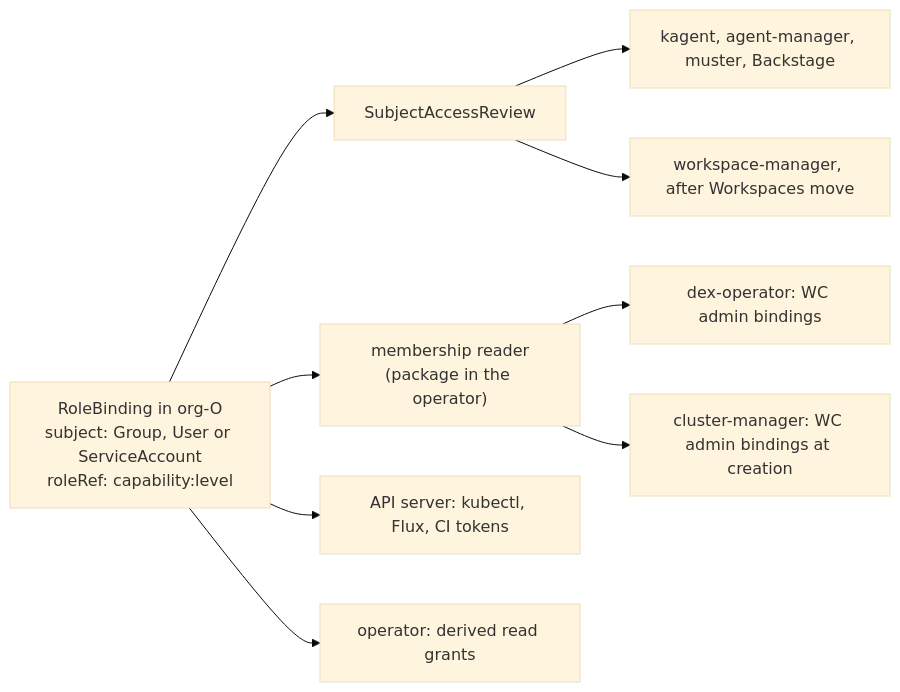
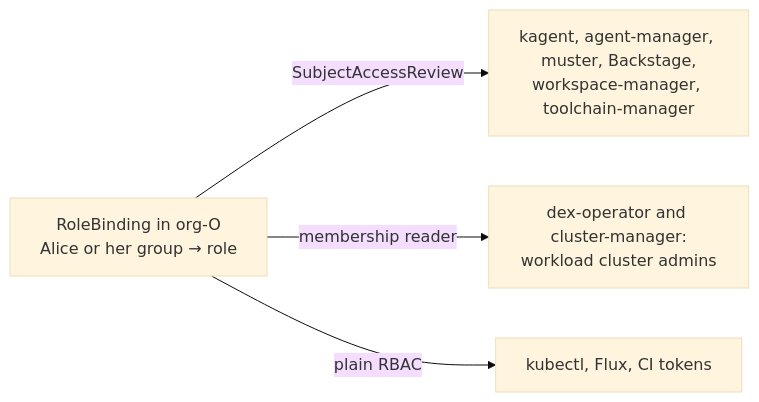
Before and after one commit to giantswarm/rfc: the second of 5 diagrams in organization-roles/README.md, drawn with Mermaid (base theme). The commit also changed other lines of this file, not shown here.

````diff
--- a/organization-roles/README.md
+++ b/organization-roles/README.md
@@ -142,12 +82,7 @@
 ```mermaid
 flowchart LR
-  RB["RoleBinding in org-O<br/>subject: Group, User or ServiceAccount<br/>roleRef: capability:level"]
-  RB --> SAR[SubjectAccessReview]
-  SAR --> K[kagent, agent-manager, muster, Backstage]
-  SAR --> WM[workspace-manager, after Workspaces move]
-  RB --> PM["membership reader<br/>(package in the operator)"]
-  PM --> DO[dex-operator: WC admin bindings]
-  PM --> CM[cluster-manager: WC admin bindings at creation]
-  RB --> AS[API server: kubectl, Flux, CI tokens]
-  RB --> DG[operator: derived read grants]
+  RB["RoleBinding in org-O<br/>Alice or her group → role"]
+  RB -->|SubjectAccessReview| A[kagent, agent-manager, muster, Backstage,<br/>workspace-manager, toolchain-manager]
+  RB -->|membership reader| B[dex-operator and cluster-manager:<br/>workload cluster admins]
+  RB -->|plain RBAC| C[kubectl, Flux, CI tokens]
 ```
````
